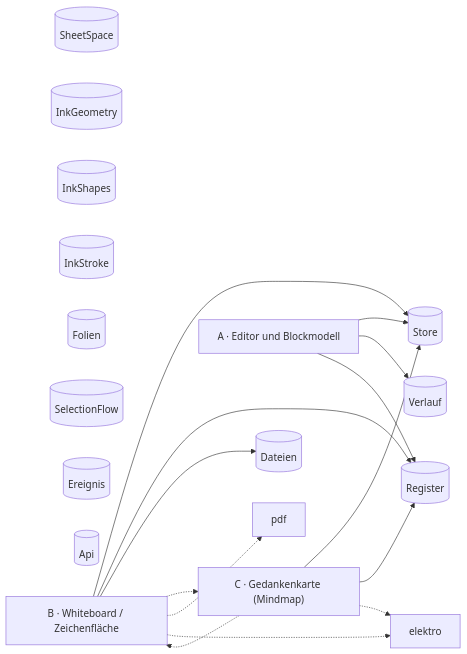
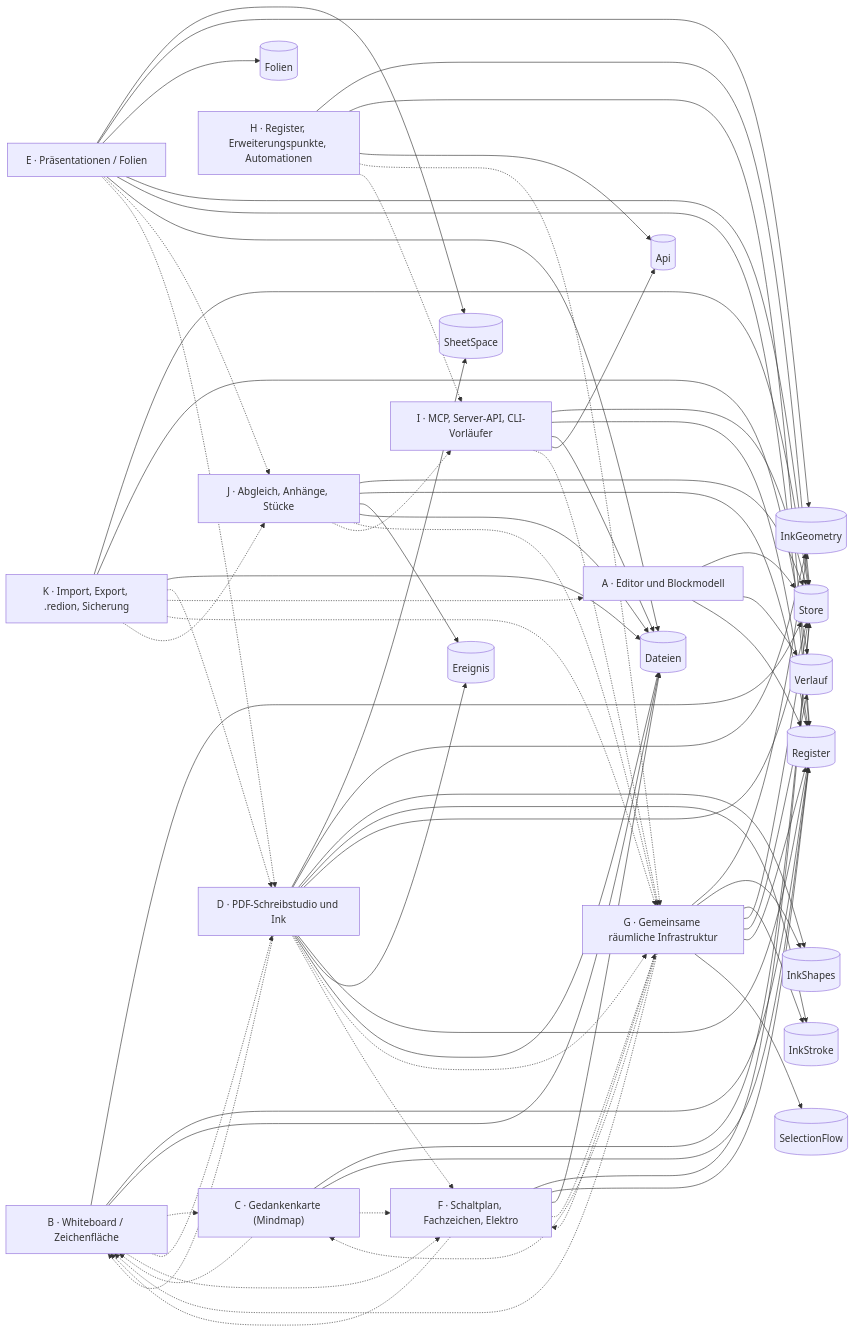
Before and after one commit to Redurbabat/Redion: the diagram in doku/karte/Redion.md, drawn with Mermaid. The commit also changed other lines of this file and 28 other files, not shown here.

````diff
--- a/doku/karte/Redion.md
+++ b/doku/karte/Redion.md
@@ -30,6 +30,14 @@
   editor["A · Editor und Blockmodell"]
   zeichenflaeche["B · Whiteboard / Zeichenfläche"]
   gedankenkarte["C · Gedankenkarte (Mindmap)"]
+  pdf["D · PDF-Schreibstudio und Ink"]
+  folien["E · Präsentationen / Folien"]
+  elektro["F · Schaltplan, Fachzeichen, Elektro"]
+  gemeinsam["G · Gemeinsame räumliche Infrastruktur"]
+  register["H · Register, Erweiterungspunkte, Automationen"]
+  mcp["I · MCP, Server-API, CLI-Vorläufer"]
+  sync["J · Abgleich, Anhänge, Stücke"]
+  export["K · Import, Export, .redion, Sicherung"]
   editor --> Store
   editor --> Verlauf
   editor --> Register
@@ -43,4 +51,61 @@
   gedankenkarte --> Register
   gedankenkarte -.-> zeichenflaeche
   gedankenkarte -.-> elektro
+  pdf --> SheetSpace
+  pdf --> InkGeometry
+  pdf --> InkShapes
+  pdf --> InkStroke
+  pdf --> Store
+  pdf --> Register
+  pdf --> Ereignis
+  pdf --> Dateien
+  pdf -.-> gemeinsam
+  pdf -.-> zeichenflaeche
+  pdf -.-> elektro
+  folien --> SheetSpace
+  folien --> InkGeometry
+  folien --> Folien
+  folien --> Store
+  folien --> Register
+  folien --> Dateien
+  folien -.-> sync
+  folien -.-> pdf
+  elektro --> Store
+  elektro --> Register
+  elektro --> Dateien
+  elektro -.-> gemeinsam
+  elektro -.-> zeichenflaeche
+  gemeinsam --> InkGeometry
+  gemeinsam --> InkShapes
+  gemeinsam --> InkStroke
+  gemeinsam --> Store
+  gemeinsam --> Verlauf
+  gemeinsam --> Register
+  gemeinsam --> SelectionFlow
+  gemeinsam -.-> zeichenflaeche
+  gemeinsam -.-> elektro
+  gemeinsam -.-> gedankenkarte
+  register --> Store
+  register --> Register
+  register --> Api
+  register -.-> gemeinsam
+  register -.-> mcp
+  mcp --> Store
+  mcp --> Register
+  mcp --> Dateien
+  mcp --> Api
+  mcp -.-> gemeinsam
+  sync --> Store
+  sync --> Register
+  sync --> Ereignis
+  sync --> Dateien
+  sync -.-> gemeinsam
+  sync -.-> mcp
+  export --> Store
+  export --> Verlauf
+  export --> Dateien
+  export -.-> pdf
+  export -.-> editor
+  export -.-> gemeinsam
+  export -.-> sync
 ```
````
